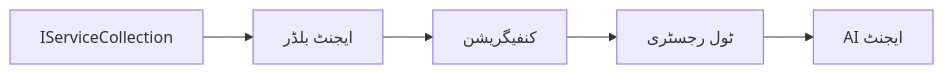
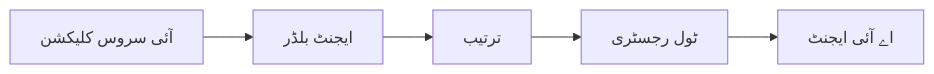
Before and after one commit to venturemavenwill/azureaifundamentals: the diagram in translations/ur/03-agentic-design-patterns/code_samples/03-dotnet-agent-framework.md, drawn with Mermaid. The commit also changed other lines of this file and 2002 other files, not shown here.

````diff
--- a/translations/ur/03-agentic-design-patterns/code_samples/03-dotnet-agent-framework.md
+++ b/translations/ur/03-agentic-design-patterns/code_samples/03-dotnet-agent-framework.md
@@ -41,7 +41,7 @@
 ```mermaid
 graph LR
-    A[IServiceCollection] --> B[ایجنٹ بلڈر]
-    B --> C[کنفیگریشن]
+    A[آئی سروس کلیکشن] --> B[ایجنٹ بلڈر]
+    B --> C[ترتیب]
     C --> D[ٹول رجسٹری]
-    D --> E[AI ایجنٹ]
+    D --> E[اے آئی ایجنٹ]
 ```
````
